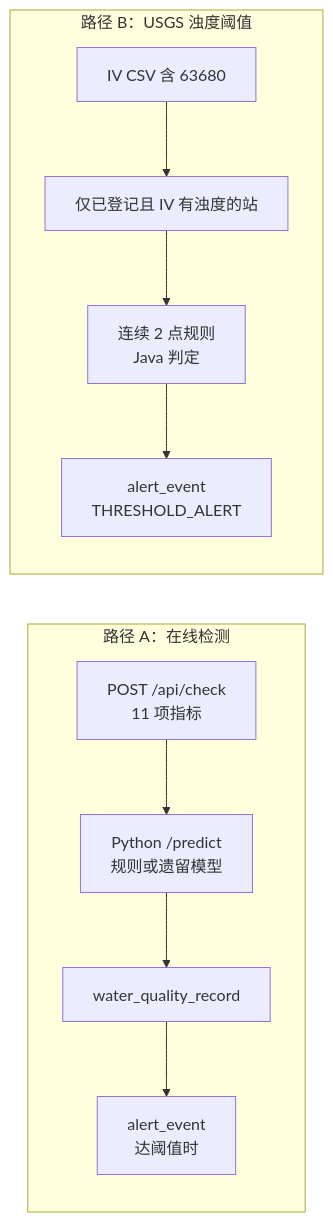
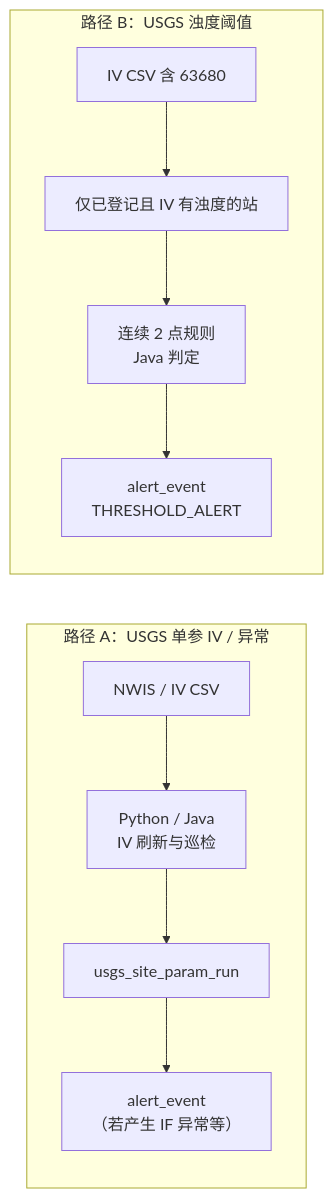
One commit to cfd123123/Seattle_WaterIQ_Monitor changed the second of 2 diagrams in monitor_business/docs/architecture-overview.md. Above: the diagram before and after it, drawn with Mermaid. The commit also changed other lines of this file and 348 other files, not shown here.

````diff
--- a/monitor_business/docs/architecture-overview.md
+++ b/monitor_business/docs/architecture-overview.md
@@ -66,14 +66,14 @@
 ```mermaid
 flowchart LR
-  subgraph PathA["路径 A：在线检测"]
-    C1["POST /api/check\n11 项指标"] --> P1["Python /predict\n规则或遗留模型"]
-    P1 --> R1["water_quality_record"]
-    R1 --> A1["alert_event\n达阈值时"]
+  subgraph PathA["路径 A：USGS 单参 IV / 异常"]
+    IV0["NWIS / IV CSV"] --> P0["Python / Java\nIV 刷新与巡检"]
+    P0 --> U0["usgs_site_param_run"]
+    U0 --> A0["alert_event\n（若产生 IF 异常等）"]
   end
 
   subgraph PathB["路径 B：USGS 浊度阈值"]
     IV1["IV CSV 含 63680"] --> T1["仅已登记且 IV 有浊度的站"]
     T1 --> T2["连续 2 点规则\nJava 判定"]
     T2 --> A2["alert_event\nTHRESHOLD_ALERT"]
   end
 ```
````
